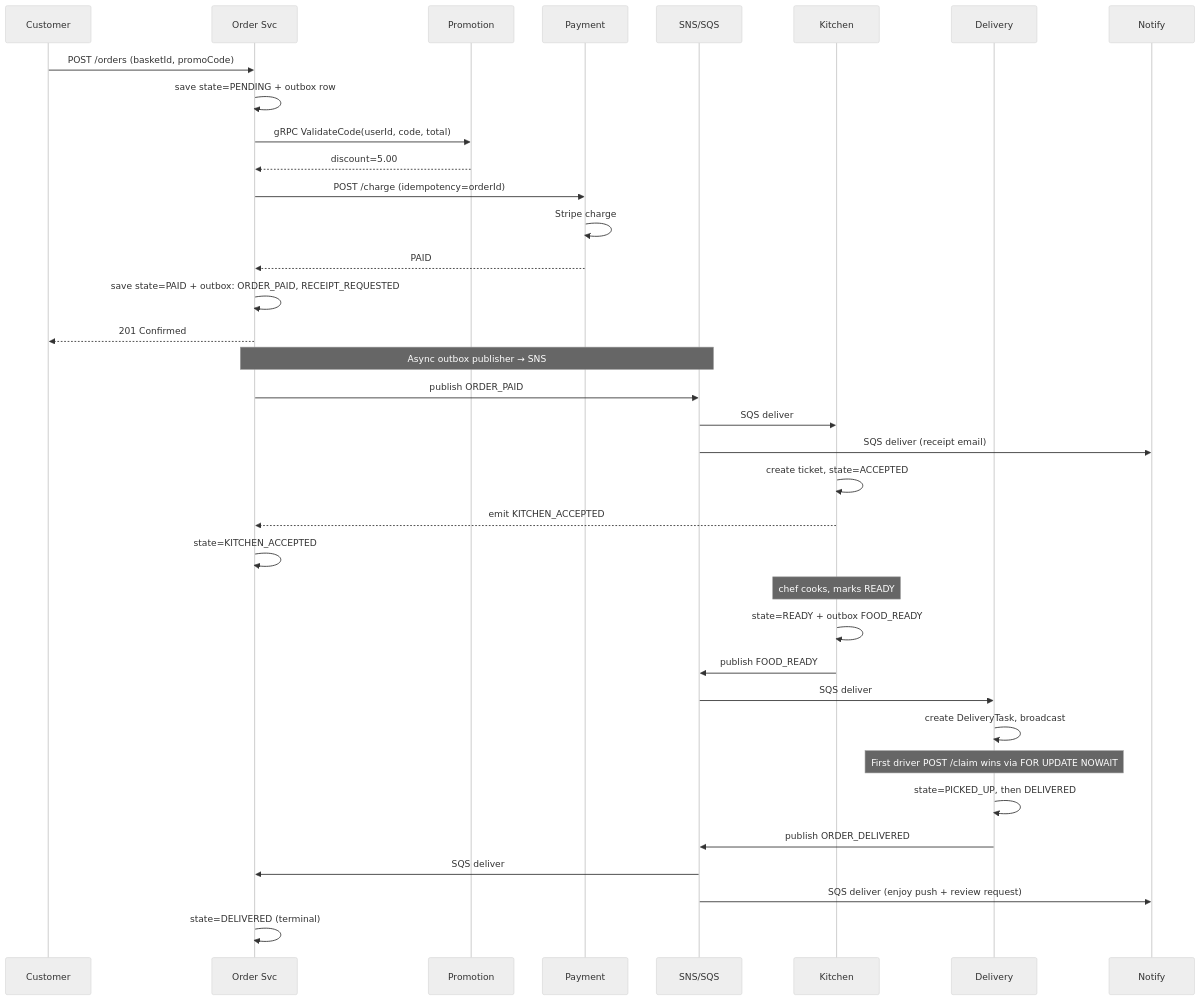
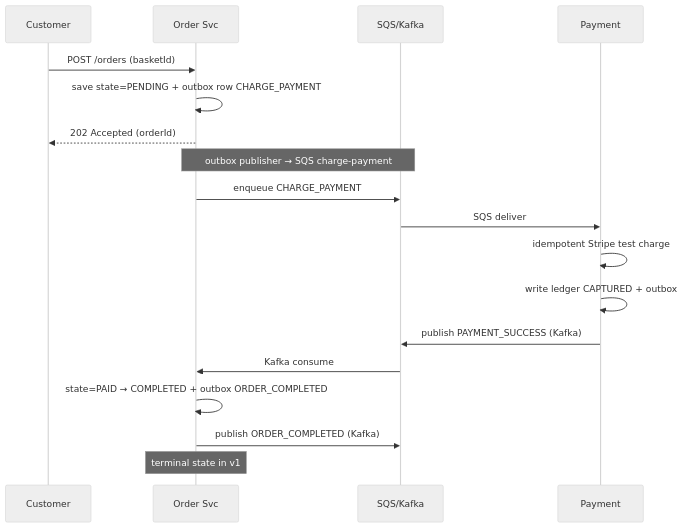
One commit to mitaka-dev/food-delivery-system changed the first of 4 diagrams in docs/plan/ARCHITECTURE.md. Above: the diagram before and after it, drawn with Mermaid (neutral theme). The commit also changed other lines of this file and 5 other files, not shown here.

````diff
--- a/docs/plan/ARCHITECTURE.md
+++ b/docs/plan/ARCHITECTURE.md
@@ -541,41 +607,23 @@
 ```mermaid
 sequenceDiagram
     participant C as Customer
     participant O as Order Svc
-    participant Pr as Promotion
+    participant Bus as SQS/Kafka
     participant Pay as Payment
-    participant Bus as SNS/SQS
-    participant K as Kitchen
-    participant D as Delivery
-    participant N as Notify
 
-    C->>O: POST /orders (basketId, promoCode)
-    O->>O: save state=PENDING + outbox row
-    O->>Pr: gRPC ValidateCode(userId, code, total)
-    Pr-->>O: discount=5.00
-    O->>Pay: POST /charge (idempotency=orderId)
-    Pay->>Pay: Stripe charge
-    Pay-->>O: PAID
-    O->>O: save state=PAID + outbox: ORDER_PAID, RECEIPT_REQUESTED
-    O-->>C: 201 Confirmed
+    C->>O: POST /orders (basketId)
+    O->>O: save state=PENDING + outbox row CHARGE_PAYMENT
+    O-->>C: 202 Accepted (orderId)
 
-    Note over O,Bus: Async outbox publisher → SNS
-    O->>Bus: publish ORDER_PAID
-    Bus->>K: SQS deliver
-    Bus->>N: SQS deliver (receipt email)
-    K->>K: create ticket, state=ACCEPTED
-    K-->>O: emit KITCHEN_ACCEPTED
-    O->>O: state=KITCHEN_ACCEPTED
+    Note over O,Bus: outbox publisher → SQS charge-payment
+    O->>Bus: enqueue CHARGE_PAYMENT
+    Bus->>Pay: SQS deliver
+    Pay->>Pay: idempotent Stripe test charge
+    Pay->>Pay: write ledger CAPTURED + outbox
+    Pay->>Bus: publish PAYMENT_SUCCESS (Kafka)
+    Bus->>O: Kafka consume
+    O->>O: state=PAID → COMPLETED + outbox ORDER_COMPLETED
+    O->>Bus: publish ORDER_COMPLETED (Kafka)
 
-    Note over K: chef cooks, marks READY
-    K->>K: state=READY + outbox FOOD_READY
-    K->>Bus: publish FOOD_READY
-    Bus->>D: SQS deliver
-    D->>D: create DeliveryTask, broadcast
-    Note over D: First driver POST /claim wins via FOR UPDATE NOWAIT
-    D->>D: state=PICKED_UP, then DELIVERED
-    D->>Bus: publish ORDER_DELIVERED
-    Bus->>O: SQS deliver
-    Bus->>N: SQS deliver (enjoy push + review request)
-    O->>O: state=DELIVERED (terminal)
+    Note over O: terminal state in v1
 ```
````
